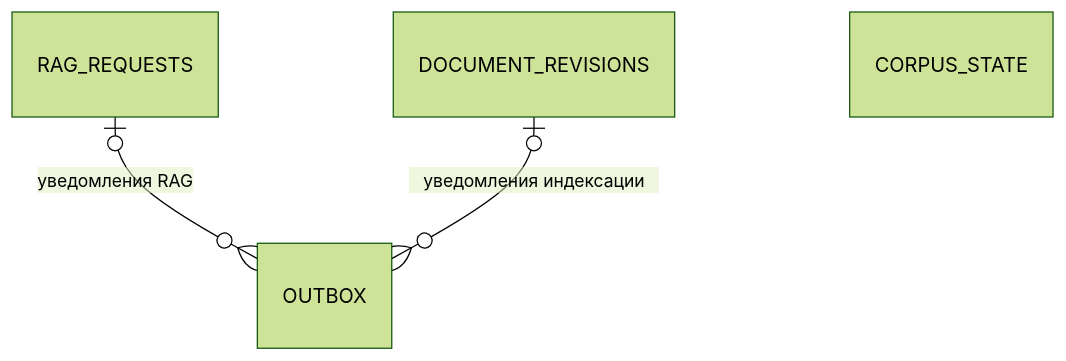
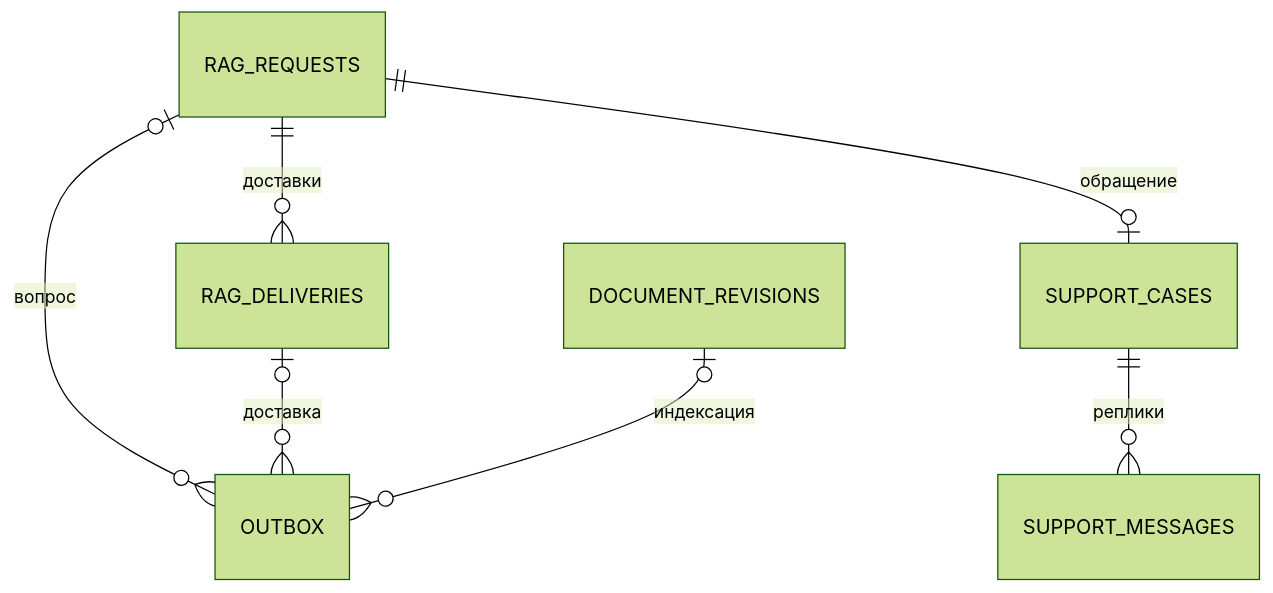
Before and after one commit to verdenkaa/docs-bots: the diagram in docs/documents/infrastructure/postgresql/index.md, drawn with Mermaid (forest theme). The commit also changed other lines of this file and 82 other files, not shown here.

```diff
--- a/docs/documents/infrastructure/postgresql/index.md
+++ b/docs/documents/infrastructure/postgresql/index.md
@@ -27,6 +37,9 @@
 ~~~mermaid
 erDiagram
-  RAG_REQUESTS o|--o{ OUTBOX : "уведомления RAG"
-  DOCUMENT_REVISIONS o|--o{ OUTBOX : "уведомления индексации"
-  CORPUS_STATE
+ RAG_REQUESTS ||--o{ RAG_DELIVERIES : "доставки"
+ RAG_REQUESTS ||--o| SUPPORT_CASES : "обращение"
+ SUPPORT_CASES ||--o{ SUPPORT_MESSAGES : "реплики"
+ RAG_REQUESTS o|--o{ OUTBOX : "вопрос"
+ RAG_DELIVERIES o|--o{ OUTBOX : "доставка"
+ DOCUMENT_REVISIONS o|--o{ OUTBOX : "индексация"
 ~~~
```
